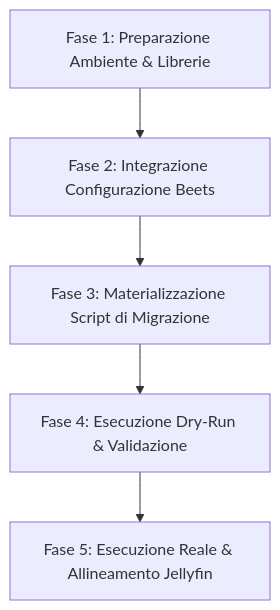
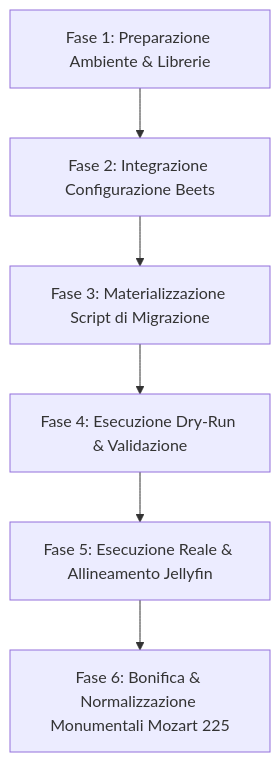
One commit to pindaroli/k8s-lab changed the diagram in wiki/plans/classical-music-taxonomy-optimization.md. Above: the diagram before and after it, drawn with Mermaid. The commit also changed other lines of this file and 2 other files, not shown here.

Commit message:
feat(classical): bonifica edizioni monumentali Mozart 225 su Monographs

````diff
--- a/wiki/plans/classical-music-taxonomy-optimization.md
+++ b/wiki/plans/classical-music-taxonomy-optimization.md
@@ -32,7 +32,8 @@
 ```mermaid
 graph TD
     A[Fase 1: Preparazione Ambiente & Librerie] --> B[Fase 2: Integrazione Configurazione Beets]
     B --> C[Fase 3: Materializzazione Script di Migrazione]
     C --> D[Fase 4: Esecuzione Dry-Run & Validazione]
     D --> E[Fase 5: Esecuzione Reale & Allineamento Jellyfin]
+    E --> F[Fase 6: Bonifica & Normalizzazione Monumentali Mozart 225]
 ```
````
